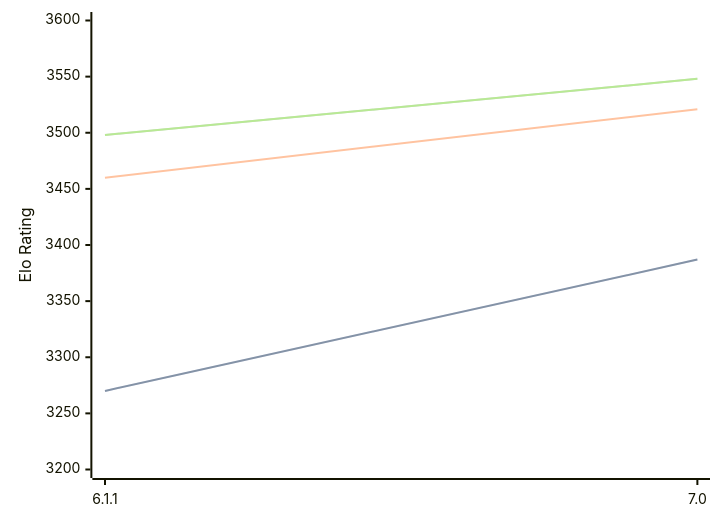
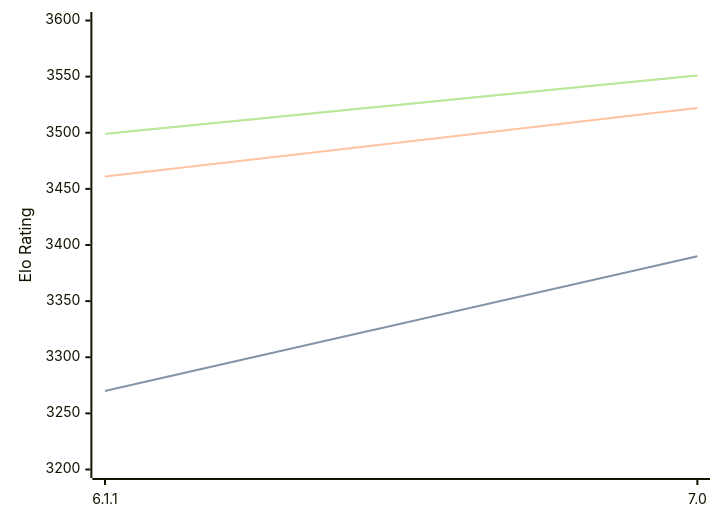
One commit to computer-chess-index/cci changed the first of 3 diagrams in engines/Astra.md. Above: the diagram before and after it, drawn with Mermaid. The commit also changed other lines of this file, not shown here.

Commit message:
Update CCI Ratings (ELO VLTC) - 2026-06-30

````diff
--- a/engines/Astra.md
+++ b/engines/Astra.md
@@ -44,11 +44,11 @@
 ```mermaid
 %%{init: {"theme":"base","themeVariables":{"seriesColors:['#a3a3a3','#222221','#faa371']}}}%%
 xychart-beta
   x-axis ["6.1.1", "7.0"]
   y-axis "Elo Rating" 3200 --> 3600
-  line "STC (8.0+0.08s)" [3270, 3387]
-  line "STC (8.0+0.08s)" [3270, 3387]
-  line "LTC (60.0+0.60s)" [3460, 3521]
-  line "VLTC (2m24s+1.12s)" [3498, 3548]
-  line "VLTC (2m24s+1.12s)" [3498, 3548]
+  line "STC (8.0+0.08s)" [3270, 3390]
+  line "STC (8.0+0.08s)" [3270, 3390]
+  line "LTC (60.0+0.60s)" [3461, 3522]
+  line "VLTC (2m24s+1.12s)" [3499, 3551]
+  line "VLTC (2m24s+1.12s)" [3499, 3551]
 ```
````
